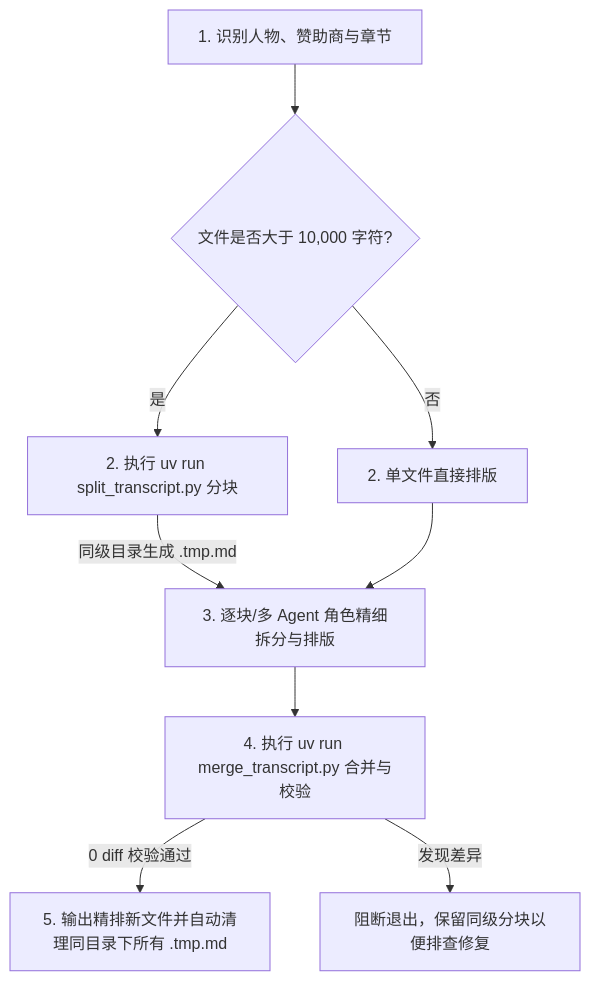
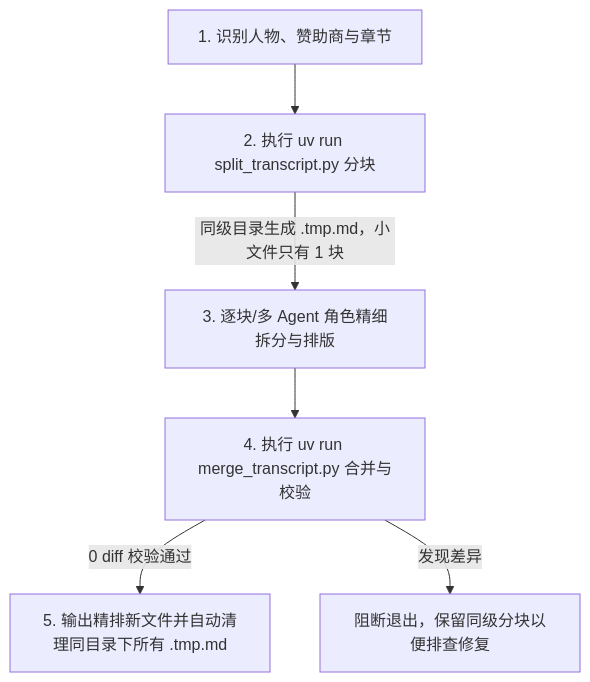
One commit to agiledolphin/skills changed the diagram in skills/transcript-diarizer/SKILL.md. Above: the diagram before and after it, drawn with Mermaid. The commit also changed other lines of this file and 4 other files, not shown here.

````diff
--- a/skills/transcript-diarizer/SKILL.md
+++ b/skills/transcript-diarizer/SKILL.md
@@ -28,11 +28,8 @@
 ```mermaid
 flowchart TD
-    A[1. 识别人物、赞助商与章节] --> B{文件是否大于 10,000 字符?}
-    B -->|是| C[2. 执行 uv run split_transcript.py 分块]
-    B -->|否| D[2. 单文件直接排版]
-    C -->|同级目录生成 .tmp.md| E[3. 逐块/多 Agent 角色精细拆分与排版]
-    D --> E
+    A[1. 识别人物、赞助商与章节] --> C[2. 执行 uv run split_transcript.py 分块]
+    C -->|同级目录生成 .tmp.md，小文件只有 1 块| E[3. 逐块/多 Agent 角色精细拆分与排版]
     E --> F[4. 执行 uv run merge_transcript.py 合并与校验]
     F -->|0 diff 校验通过| G[5. 输出精排新文件并自动清理同目录下所有 .tmp.md]
     F -->|发现差异| H[阻断退出，保留同级分块以便排查修复]
 ```
````
